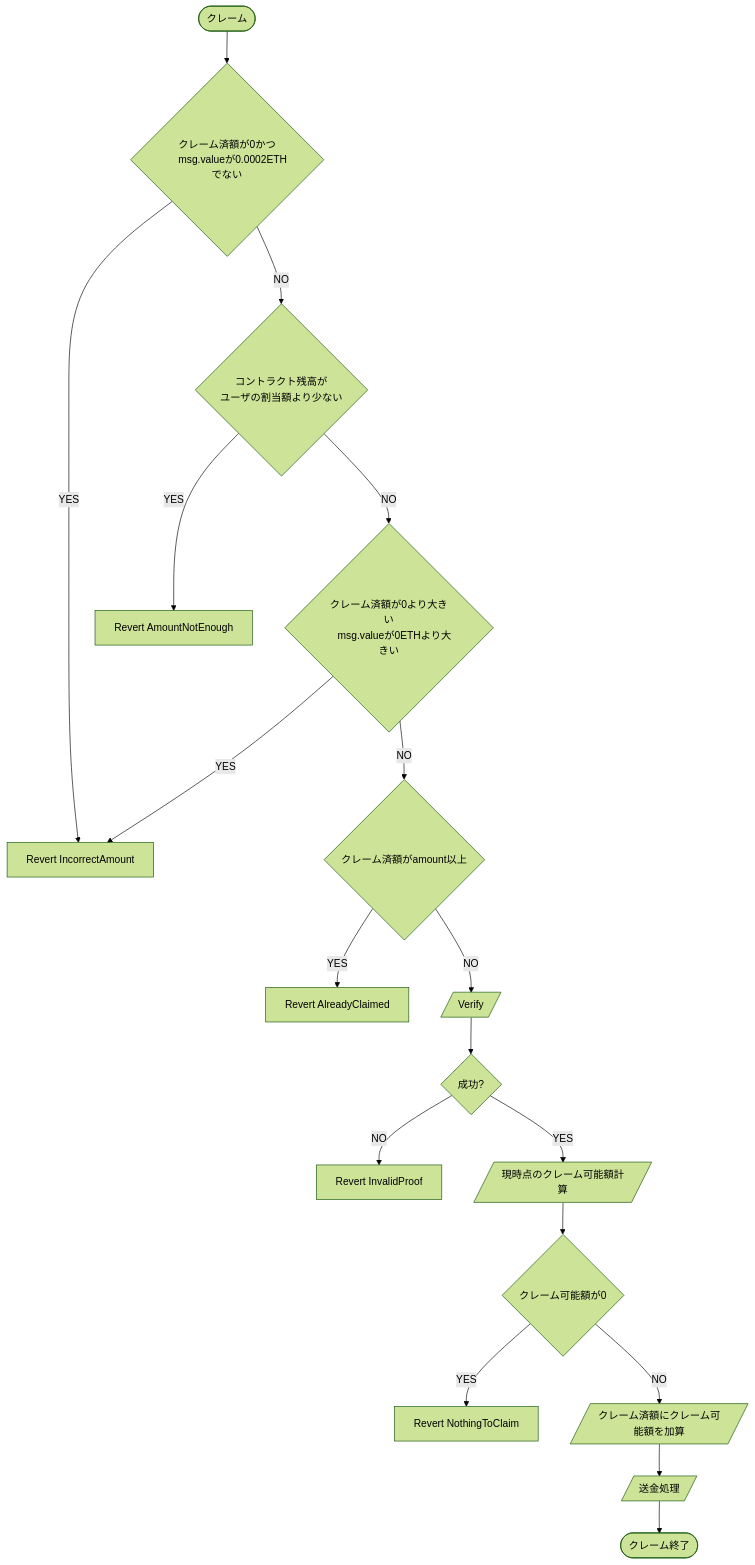
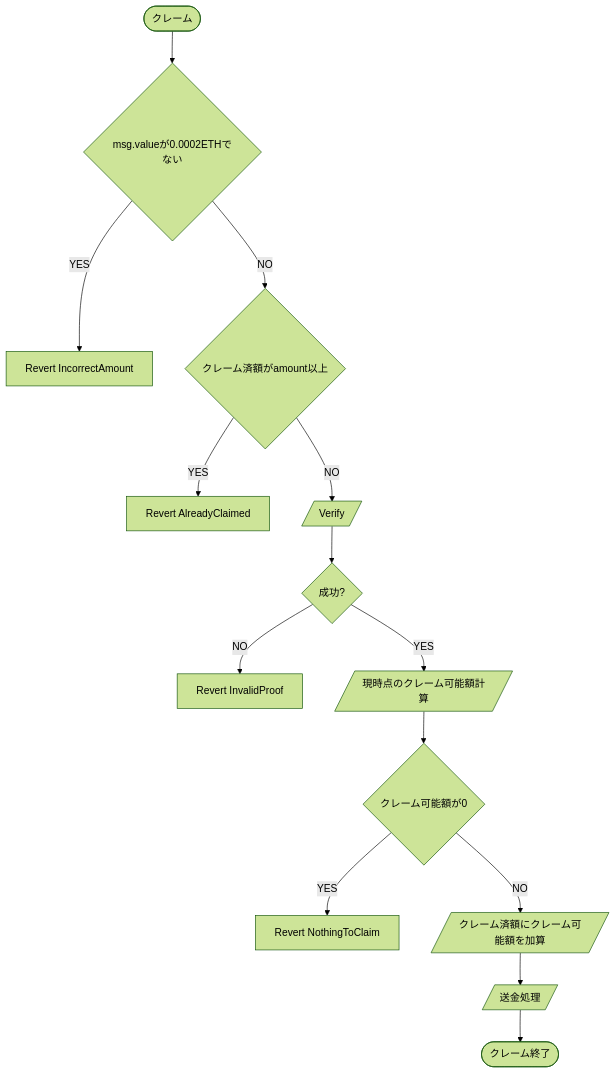
Before and after one commit to DeFiGeek-Community/megumi: the diagram in packages/contract/docs/templates/MerkleAirdropLinearVesting.md, drawn with Mermaid (forest theme). The commit also changed 3 other files, not shown here.

````diff
--- a/packages/contract/docs/templates/MerkleAirdropLinearVesting.md
+++ b/packages/contract/docs/templates/MerkleAirdropLinearVesting.md
@@ -3,23 +3,16 @@
 ```mermaid
 flowchart TD
-    START([クレーム]) --> A{クレーム済額が0かつ
-    msg.valueが0.0002ETHでない}
+    START([クレーム]) --> A{msg.valueが0.0002ETHでない}
     A --YES--> R1[Revert IncorrectAmount]
-    A --NO-->B{コントラクト残高が
-    ユーザの割当額より少ない}
-    B --YES-->R5[Revert AmountNotEnough]
-    B --NO--> C{クレーム済額が0より大きい
-    msg.valueが0ETHより大きい}
-    C --YES--> R1
-    C --NO--> F{クレーム済額がamount以上}
-    F --YES--> R3[Revert AlreadyClaimed]
-    F --NO--> D[/Verify/]
-    D --> E{成功?}
-    E --NO--> R2[Revert InvalidProof]
-    E --YES--> G[/現時点のクレーム可能額計算/]
-    G --> H{クレーム可能額が0}
-    H --YES-->R4[Revert NothingToClaim]
-    H --NO--> J[/クレーム済額にクレーム可能額を加算/]
-    J -->K[/送金処理/]
+    A --NO--> B{クレーム済額がamount以上}
+    B --YES--> R2[Revert AlreadyClaimed]
+    B --NO--> C[/Verify/]
+    C --> D{成功?}
+    D --NO--> R3[Revert InvalidProof]
+    D --YES--> E[/現時点のクレーム可能額計算/]
+    E --> F{クレーム可能額が0}
+    F --YES-->R4[Revert NothingToClaim]
+    F --NO--> G[/クレーム済額にクレーム可能額を加算/]
+    G -->K[/送金処理/]
     K --> END([クレーム終了])
 ```
````
